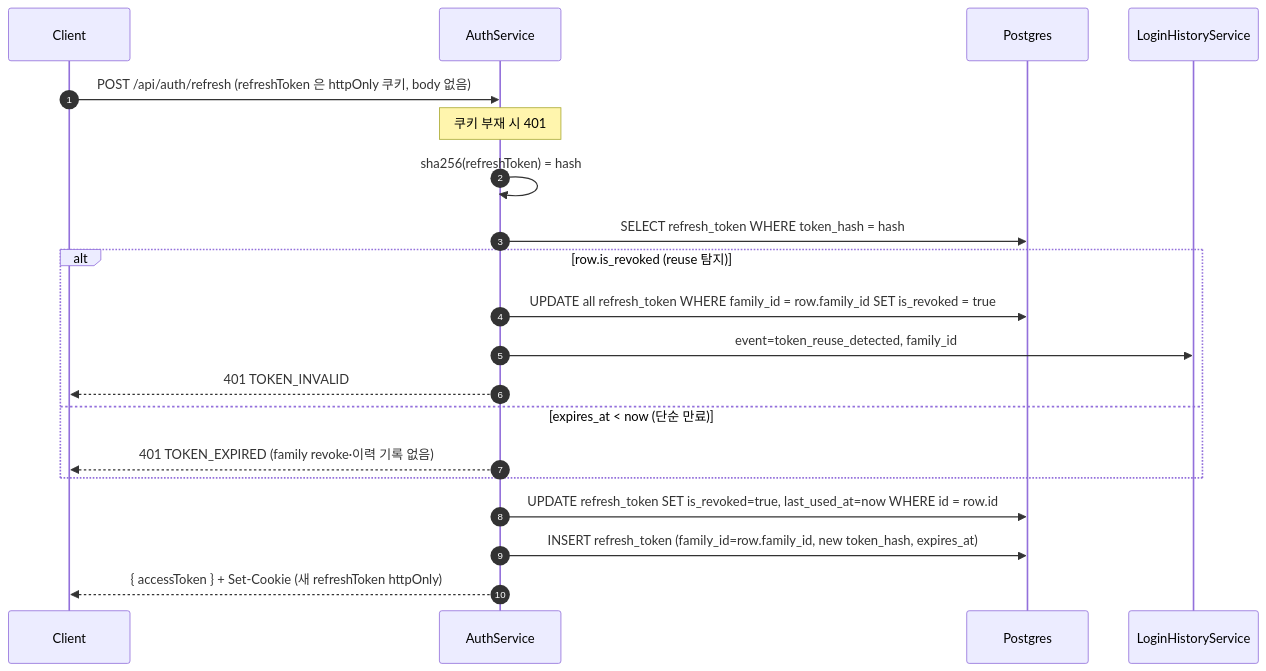
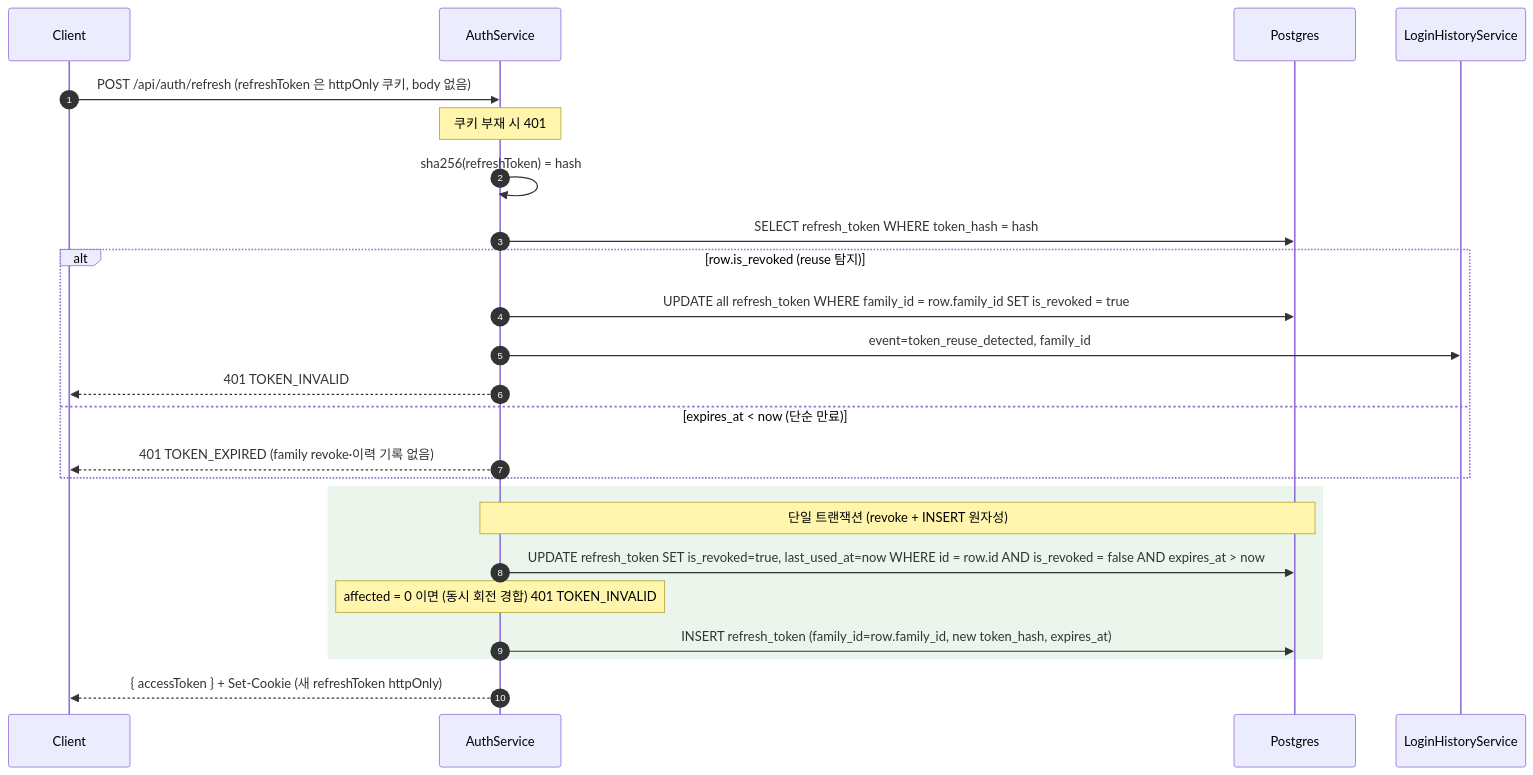
One commit to worker-ants/clemvion changed the fourth of 6 diagrams in spec/data-flow/2-auth.md. Above: the diagram before and after it, drawn with Mermaid. The commit also changed other lines of this file and 79 other files, not shown here.

First line of the commit message:
fix(auth): refresh 토큰 rotation 원자화 + 조건부 revoke TOCTOU 차단 (P0, 05 C-1) (#537)

````diff
--- a/spec/data-flow/2-auth.md
+++ b/spec/data-flow/2-auth.md
@@ -149,23 +149,27 @@
 ```mermaid
 sequenceDiagram
   autonumber
   participant C as Client
   participant Svc as AuthService
   participant PG as Postgres
   participant Hist as LoginHistoryService
 
   C->>Svc: POST /api/auth/refresh (refreshToken 은 httpOnly 쿠키, body 없음)
   Note over Svc: 쿠키 부재 시 401
   Svc->>Svc: sha256(refreshToken) = hash
   Svc->>PG: SELECT refresh_token WHERE token_hash = hash
   alt row.is_revoked (reuse 탐지)
     Svc->>PG: UPDATE all refresh_token WHERE family_id = row.family_id SET is_revoked = true
     Svc->>Hist: event=token_reuse_detected, family_id
     Svc-->>C: 401 TOKEN_INVALID
   else expires_at < now (단순 만료)
     Svc-->>C: 401 TOKEN_EXPIRED (family revoke·이력 기록 없음)
   end
-  Svc->>PG: UPDATE refresh_token SET is_revoked=true, last_used_at=now WHERE id = row.id
-  Svc->>PG: INSERT refresh_token (family_id=row.family_id, new token_hash, expires_at)
+  rect rgb(235, 245, 235)
+    Note over Svc,PG: 단일 트랜잭션 (revoke + INSERT 원자성)
+    Svc->>PG: UPDATE refresh_token SET is_revoked=true, last_used_at=now WHERE id = row.id AND is_revoked = false AND expires_at > now
+    Note over Svc: affected = 0 이면 (동시 회전 경합) 401 TOKEN_INVALID
+    Svc->>PG: INSERT refresh_token (family_id=row.family_id, new token_hash, expires_at)
+  end
   Svc-->>C: { accessToken } + Set-Cookie (새 refreshToken httpOnly)
 ```
````
